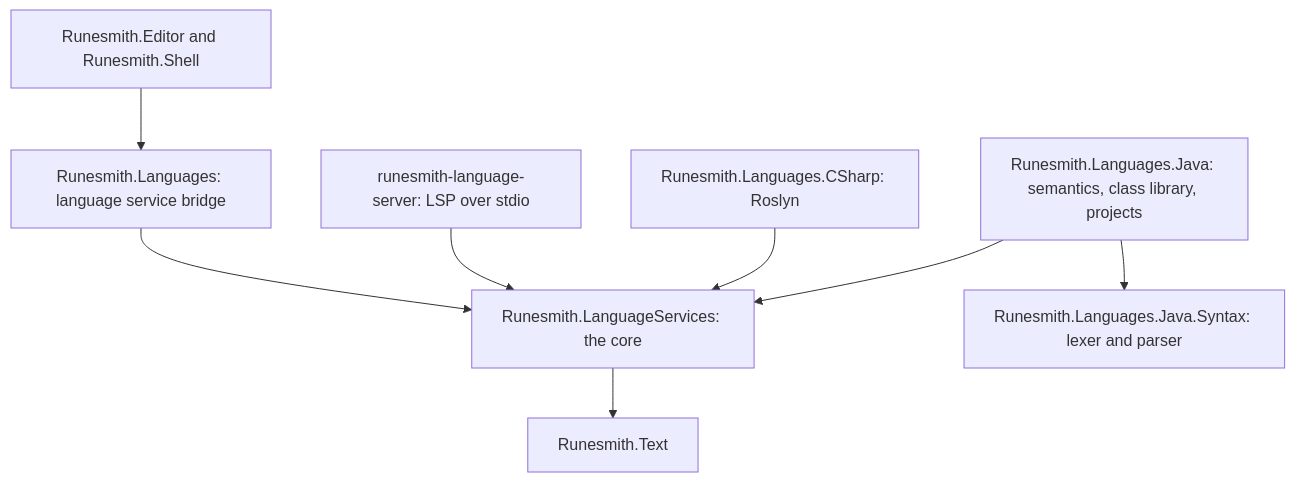
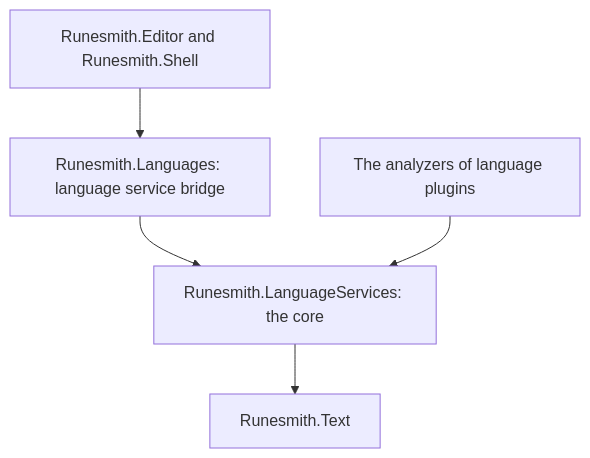
The diagram in docs/design/language-services.md (RunesmithHub/Runesmith), drawn with Mermaid before and after one commit. The commit also changed other lines of this file and 188 other files, not shown here.

First line of the commit message:
feat!: move languages, Git and toolchain knowledge out of the editor into plugins (plugin API 0.2.0) (#21)

````diff
--- a/docs/design/language-services.md
+++ b/docs/design/language-services.md
@@ -26,10 +25,7 @@
 ```mermaid
 graph TD
   Editor[Runesmith.Editor and Runesmith.Shell] --> Bridge[Runesmith.Languages: language service bridge]
   Bridge --> Core[Runesmith.LanguageServices: the core]
-  Host[runesmith-language-server: LSP over stdio] --> Core
   Core --> Text[Runesmith.Text]
-  CSharp[Runesmith.Languages.CSharp: Roslyn] --> Core
-  JavaAnalysis[Runesmith.Languages.Java: semantics, class library, projects] --> Core
-  JavaAnalysis --> JavaSyntax[Runesmith.Languages.Java.Syntax: lexer and parser]
+  Analyzers[The analyzers of language plugins] --> Core
 ```
````
